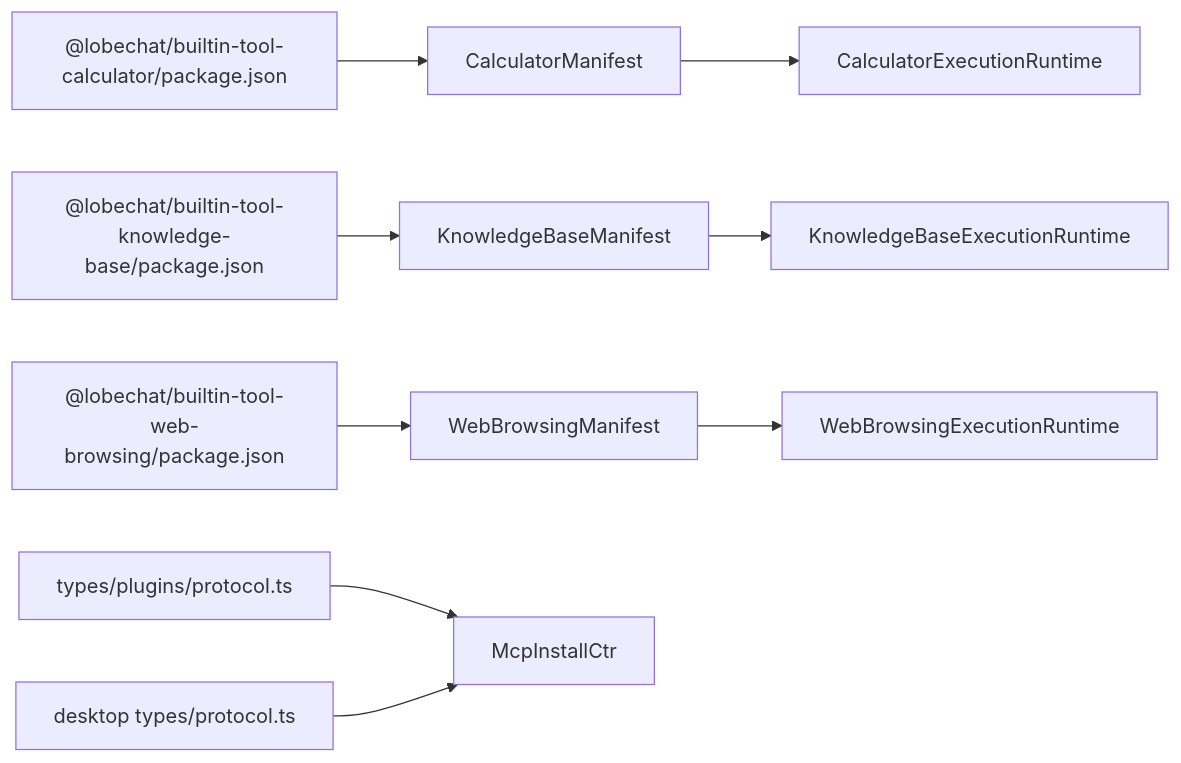
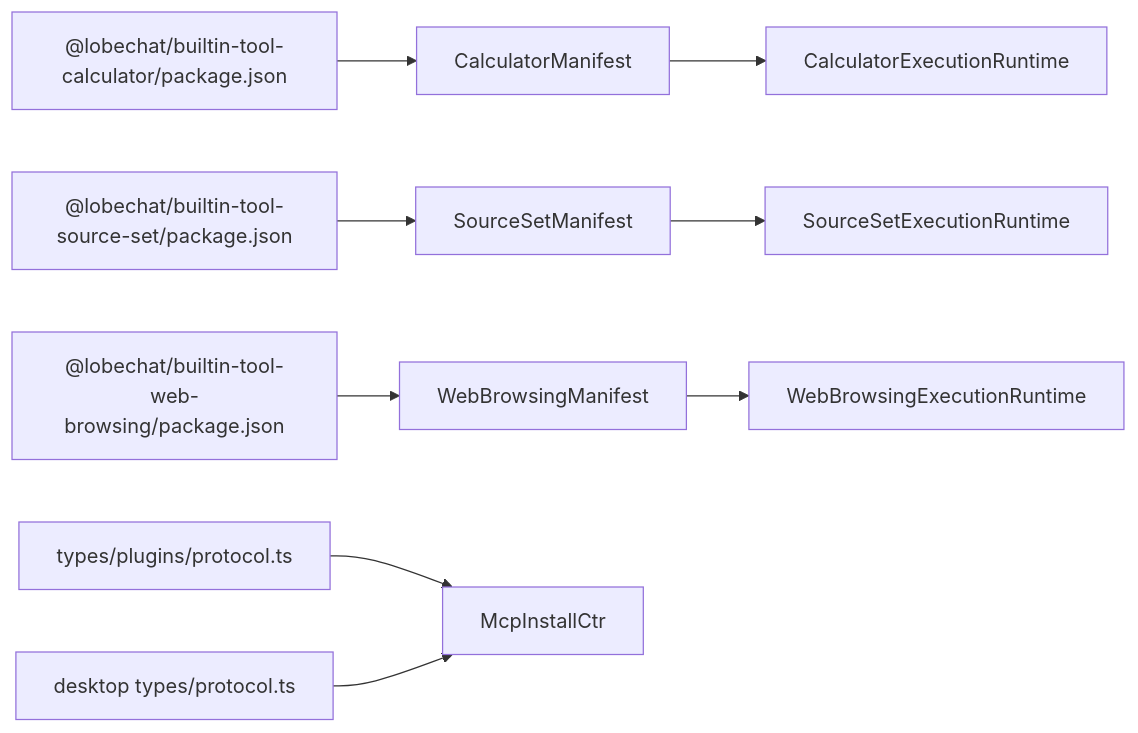
The sixth of 6 diagrams in .qoder/repowiki/zh/content/架构设计/插件架构设计.md (AvatoLabs/avato), drawn with Mermaid before and after one commit. The commit also changed other lines of this file and 1304 other files, not shown here.

Commit message:
🐛 fix: resolve table sheet operations and refactor content architecture

````diff
--- a/.qoder/repowiki/zh/content/架构设计/插件架构设计.md
+++ b/.qoder/repowiki/zh/content/架构设计/插件架构设计.md
@@ -273,11 +296,11 @@
 ```mermaid
 graph LR
 P1["@lobechat/builtin-tool-calculator/package.json"] --> M1["CalculatorManifest"]
-P2["@lobechat/builtin-tool-knowledge-base/package.json"] --> M2["KnowledgeBaseManifest"]
+P2["@lobechat/builtin-tool-source-set/package.json"] --> M2["SourceSetManifest"]
 P3["@lobechat/builtin-tool-web-browsing/package.json"] --> M3["WebBrowsingManifest"]
 M1 --> E1["CalculatorExecutionRuntime"]
-M2 --> E2["KnowledgeBaseExecutionRuntime"]
+M2 --> E2["SourceSetExecutionRuntime"]
 M3 --> E3["WebBrowsingExecutionRuntime"]
 T1["types/plugins/protocol.ts"] --> C["McpInstallCtr"]
 T2["desktop types/protocol.ts"] --> C
 ```
````
